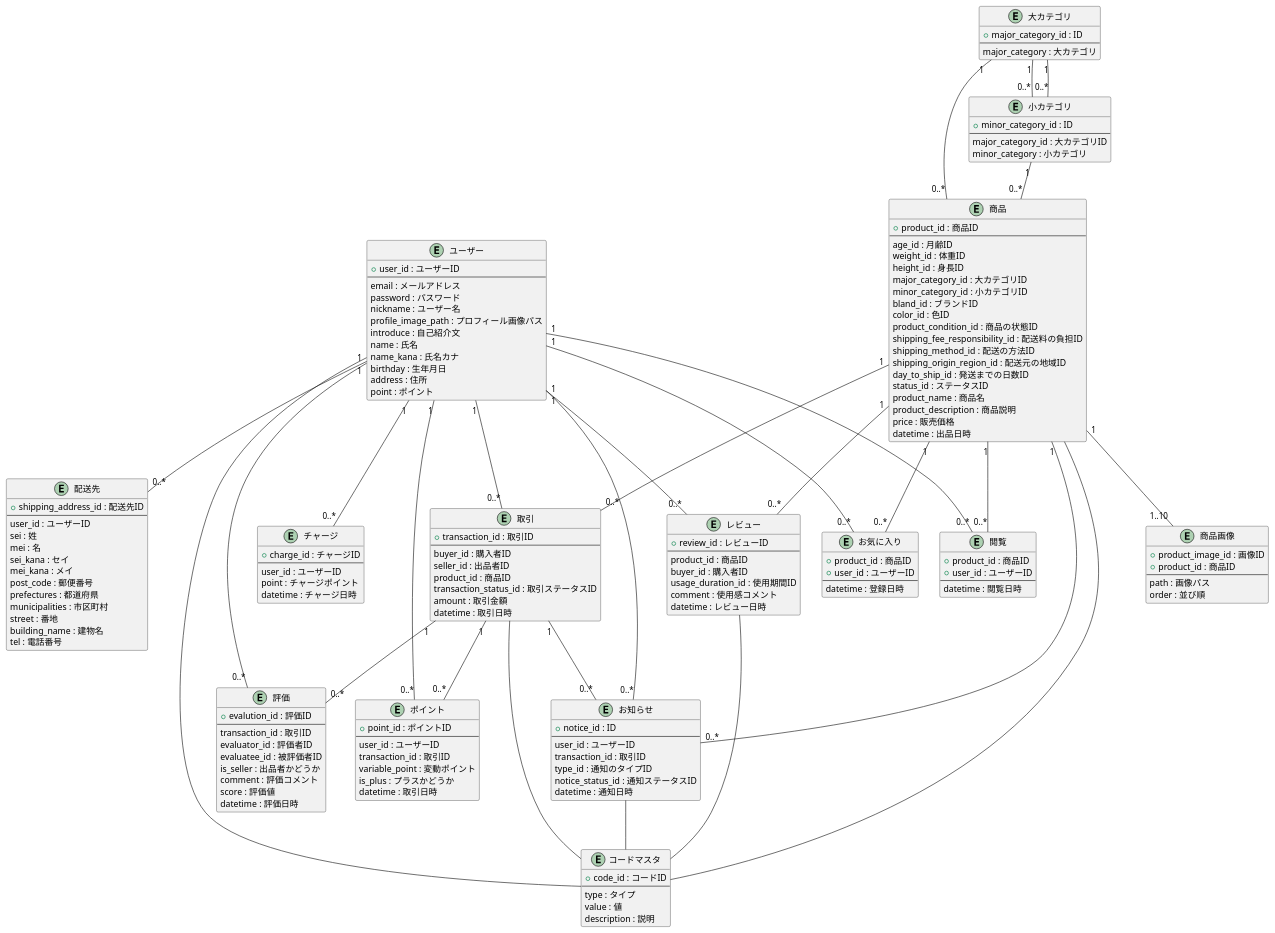
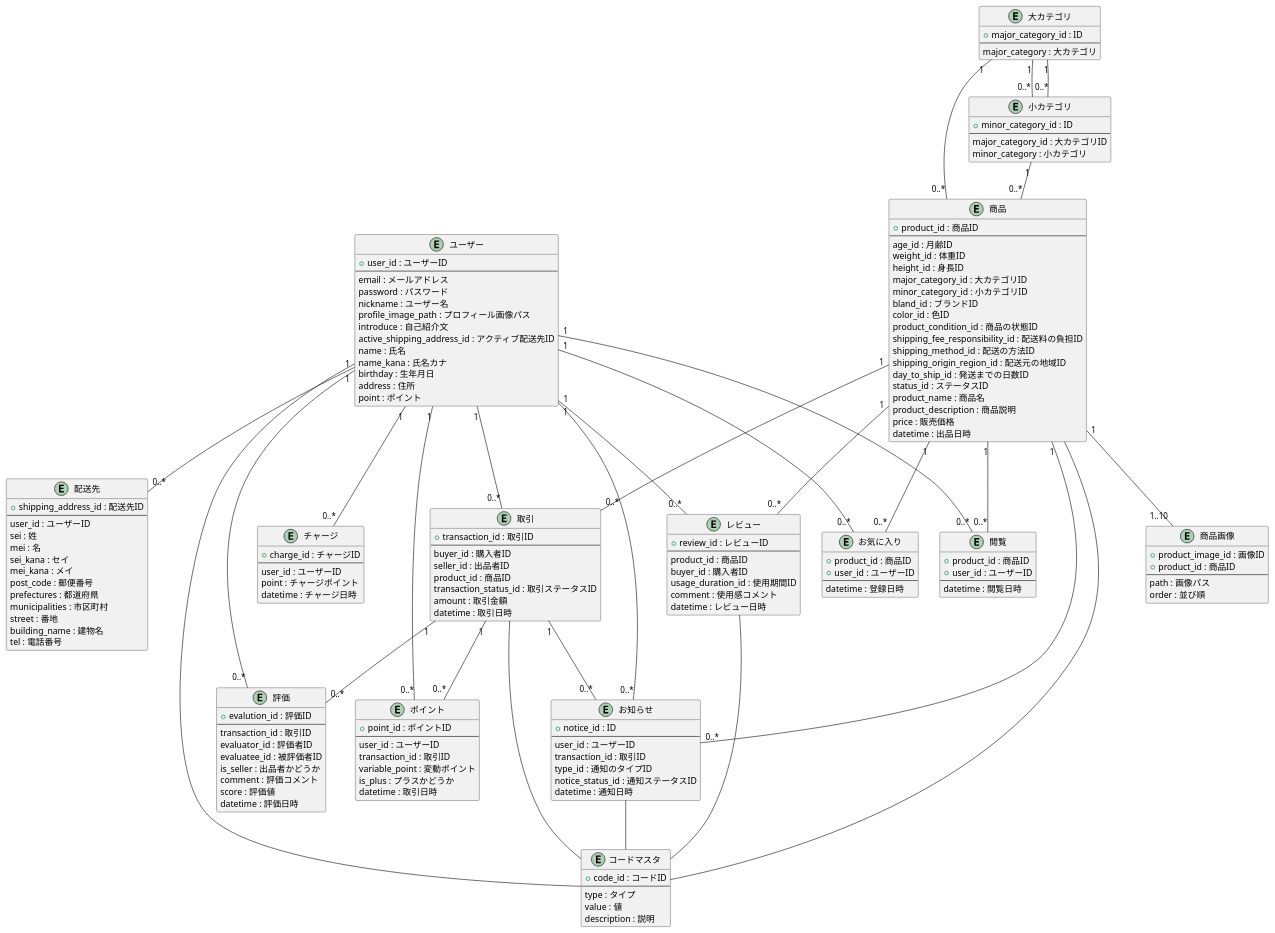
The diagram in ER.pu (togask/baby-motsu), drawn with PlantUML before and after one commit. The commit also changed 1 other file, not shown here.

```diff
--- a/ER.pu
+++ b/ER.pu
@@ -1,187 +1,188 @@
 @startuml
 
 entity "ユーザー" as user {
   + user_id : ユーザーID
   --
   email : メールアドレス
   password : パスワード
   nickname : ユーザー名
   profile_image_path : プロフィール画像パス
   introduce : 自己紹介文
+  active_shipping_address_id : アクティブ配送先ID
   name : 氏名
   name_kana : 氏名カナ
   birthday : 生年月日
   address : 住所
   point : ポイント
 }
 
 entity "配送先" as shipping_address {
   + shipping_address_id : 配送先ID
   --
   user_id : ユーザーID
   sei : 姓
   mei : 名
   sei_kana : セイ
   mei_kana : メイ
   post_code : 郵便番号
   prefectures : 都道府県
   municipalities : 市区町村
   street : 番地
   building_name : 建物名
   tel : 電話番号
 }
 
 entity "取引" as transaction {
   + transaction_id : 取引ID
   --
   buyer_id : 購入者ID
   seller_id : 出品者ID
   product_id : 商品ID
   transaction_status_id : 取引ステータスID
   amount : 取引金額
   datetime : 取引日時
 }
 
 entity "ポイント" as point {
   + point_id : ポイントID
   --
   user_id : ユーザーID
   transaction_id : 取引ID
   variable_point : 変動ポイント
   is_plus : プラスかどうか
   datetime : 取引日時
 }
 
 entity "お気に入り" as favorite {
   + product_id : 商品ID
   + user_id : ユーザーID
   --
   datetime : 登録日時
 }
 
 entity "閲覧" as productviews {
   + product_id : 商品ID
   + user_id : ユーザーID
   --
   datetime : 閲覧日時
 }
 
 entity "チャージ" as charge {
   + charge_id : チャージID
   --
   user_id : ユーザーID
   point : チャージポイント
   datetime : チャージ日時
 }
 
 entity "レビュー" as review {
   + review_id : レビューID
   --
   product_id : 商品ID
   buyer_id : 購入者ID
   usage_duration_id : 使用期間ID
   comment : 使用感コメント
   datetime : レビュー日時
 }
 
 entity "商品" as product {
   + product_id : 商品ID
   --
   age_id : 月齢ID
   weight_id : 体重ID
   height_id : 身長ID
   major_category_id : 大カテゴリID
   minor_category_id : 小カテゴリID
   bland_id : ブランドID
   color_id : 色ID
   product_condition_id : 商品の状態ID
   shipping_fee_responsibility_id : 配送料の負担ID
   shipping_method_id : 配送の方法ID
   shipping_origin_region_id : 配送元の地域ID
   day_to_ship_id : 発送までの日数ID
   status_id : ステータスID
   product_name : 商品名
   product_description : 商品説明
   price : 販売価格
   datetime : 出品日時
 }
 
 entity "商品画像" as product_image {
   + product_image_id : 画像ID
   + product_id : 商品ID
   --
   path : 画像パス
   order : 並び順
 }
 
 entity "評価" as evaluation {
   + evalution_id : 評価ID
   --
   transaction_id : 取引ID
   evaluator_id : 評価者ID
   evaluatee_id : 被評価者ID
   is_seller : 出品者かどうか
   comment : 評価コメント
   score : 評価値
   datetime : 評価日時
 }
 
 entity "お知らせ" as notice {
   + notice_id : ID
   --
   user_id : ユーザーID
   transaction_id : 取引ID
   type_id : 通知のタイプID
   notice_status_id : 通知ステータスID
   datetime : 通知日時
 }
 
 entity "大カテゴリ" as major_category {
   + major_category_id : ID
   --
   major_category : 大カテゴリ
 }
 
 entity "小カテゴリ" as minor_category {
   + minor_category_id : ID
   --
   major_category_id : 大カテゴリID
   minor_category : 小カテゴリ
 }
 
 entity "コードマスタ" as code_master {
   + code_id : コードID
   --
   type : タイプ
   value : 値
   description : 説明
 }
 
 user "1" -- "0..*" shipping_address
 user "1" -- "0..*" transaction
 product "1" -- "0..*" transaction
 product "1" -- "1..10" product_image
 user "1" -- "0..*" point
 transaction "1" -- "0..*" point
 product "1" -- "0..*" favorite
 user "1" -- "0..*" favorite
 product "1" -- "0..*" productviews
 user "1" -- "0..*" productviews
 user "1" -- "0..*" charge
 product "1" -- "0..*" review
 user "1" -- "0..*" review
 major_category "1" -- "0..*" product
 minor_category "1" -- "0..*" product
 transaction "1" -- "0..*" evaluation
 user "1" -- "0..*" evaluation
 major_category "1" -- "0..*" minor_category
 user "1" -- "0..*" notice
 transaction "1" -- "0..*" notice
 product "1" -- "0..*" notice
 major_category "1" -- "0..*" minor_category
 product -- code_master
 user -- code_master
 transaction -- code_master
 review -- code_master
 notice -- code_master
 @enduml
```
